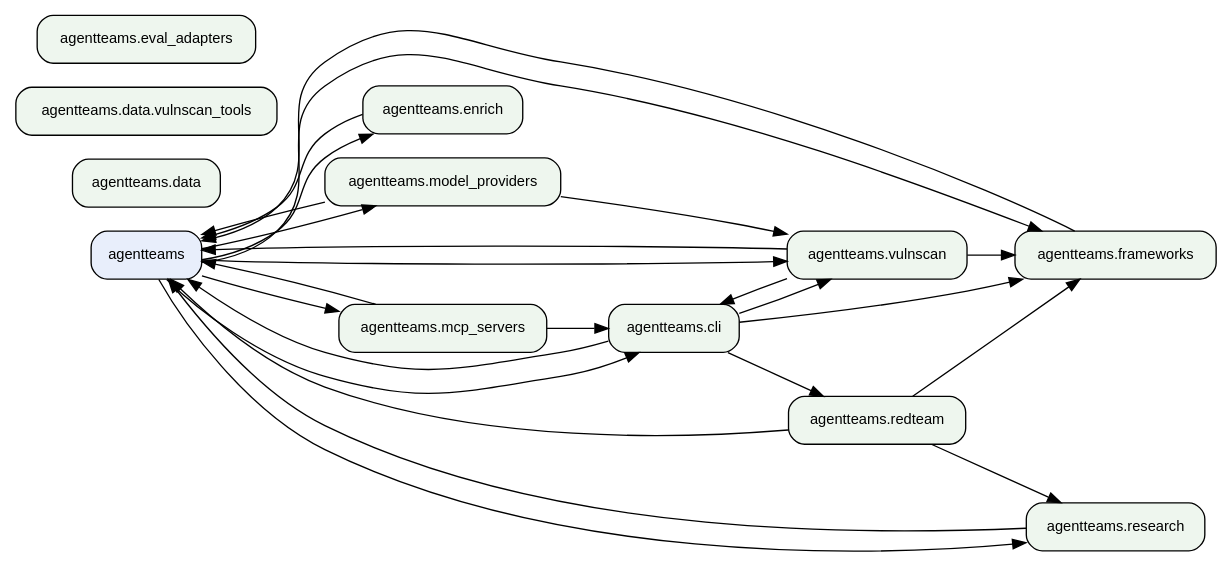
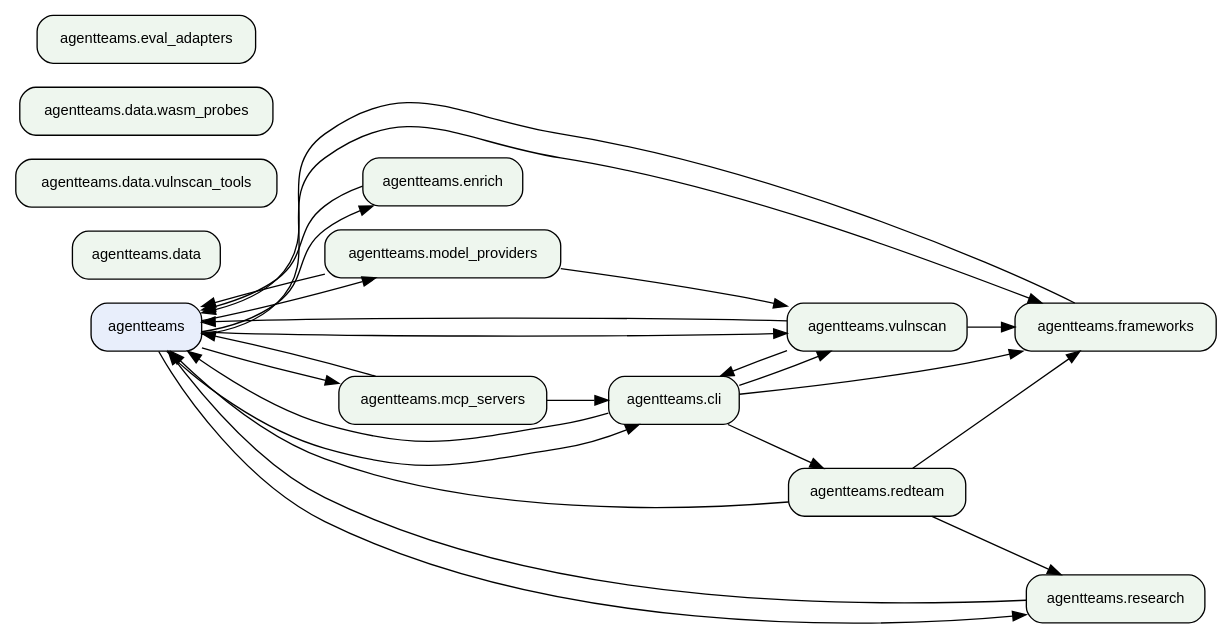
The second of 2 diagrams in references/architecture-graph.md (jlcatonjr/agentteams), drawn with Graphviz before and after one commit. The commit also changed other lines of this file and 5 other files, not shown here.

````diff
--- a/references/architecture-graph.md
+++ b/references/architecture-graph.md
@@ -487,43 +492,44 @@
 ```dot
 digraph "agentteams architecture" {
     rankdir=LR;
     node [fontname="Helvetica", fontsize=11, shape=box, style="rounded,filled", fillcolor="#eef6ee"];
     edge [fontsize=9];
     "agentteams" [fillcolor="#e8eefb"];
     "agentteams.cli" [fillcolor="#eef6ee"];
     "agentteams.data" [fillcolor="#eef6ee"];
     "agentteams.data.vulnscan_tools" [fillcolor="#eef6ee"];
+    "agentteams.data.wasm_probes" [fillcolor="#eef6ee"];
     "agentteams.enrich" [fillcolor="#eef6ee"];
     "agentteams.eval_adapters" [fillcolor="#eef6ee"];
     "agentteams.frameworks" [fillcolor="#eef6ee"];
     "agentteams.mcp_servers" [fillcolor="#eef6ee"];
     "agentteams.model_providers" [fillcolor="#eef6ee"];
     "agentteams.redteam" [fillcolor="#eef6ee"];
     "agentteams.research" [fillcolor="#eef6ee"];
     "agentteams.vulnscan" [fillcolor="#eef6ee"];
     "agentteams" -> "agentteams.cli";
     "agentteams" -> "agentteams.enrich";
     "agentteams" -> "agentteams.frameworks";
     "agentteams" -> "agentteams.mcp_servers";
     "agentteams" -> "agentteams.model_providers";
     "agentteams" -> "agentteams.research";
     "agentteams" -> "agentteams.vulnscan";
     "agentteams.cli" -> "agentteams";
     "agentteams.cli" -> "agentteams.frameworks";
     "agentteams.cli" -> "agentteams.redteam";
     "agentteams.cli" -> "agentteams.vulnscan";
     "agentteams.enrich" -> "agentteams";
     "agentteams.frameworks" -> "agentteams";
     "agentteams.mcp_servers" -> "agentteams";
     "agentteams.mcp_servers" -> "agentteams.cli";
     "agentteams.model_providers" -> "agentteams";
     "agentteams.model_providers" -> "agentteams.vulnscan";
     "agentteams.redteam" -> "agentteams";
     "agentteams.redteam" -> "agentteams.frameworks";
     "agentteams.redteam" -> "agentteams.research";
     "agentteams.research" -> "agentteams";
     "agentteams.vulnscan" -> "agentteams";
     "agentteams.vulnscan" -> "agentteams.cli";
     "agentteams.vulnscan" -> "agentteams.frameworks";
 }
 ```
````
